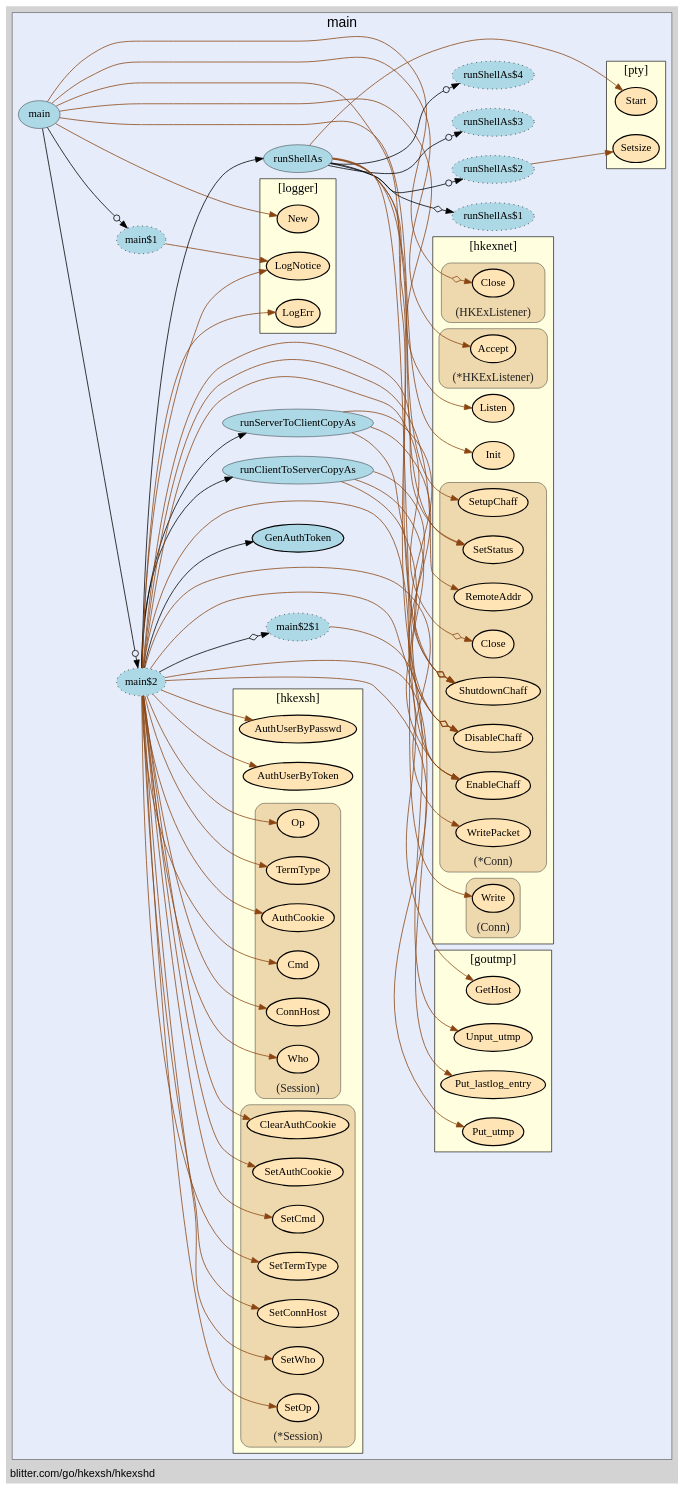
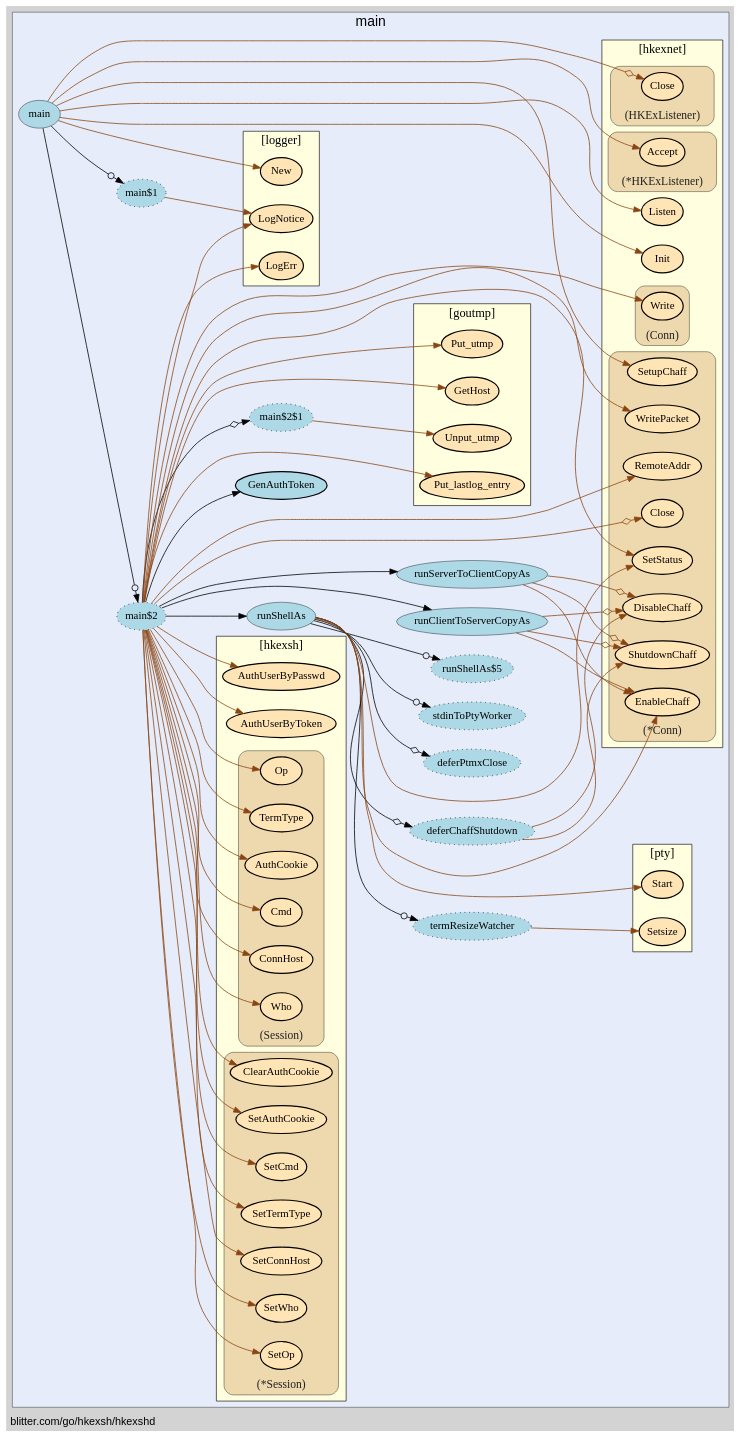
Before and after one commit to isgasho/xs: the diagram in hkexshd/hkexshd-vis.gv, drawn with Graphviz. The commit also changed 10 other files, not shown here.

Commit message:
Added fixup-gv.sh and Makefile rules to generate annotated goroutines in graphviz output.

```diff
--- a/hkexshd/hkexshd-vis.gv
+++ b/hkexshd/hkexshd-vis.gv
@@ -20,85 +20,86 @@
 labeljust="c";
 fontsize="18";
         
-        "blitter.com/go/hkexsh/hkexshd.main$1" [ label="main$1" style="dotted,filled" fillcolor="lightblue" ]
+        "blitter.com/go/hkexsh/hkexshd.main$1" [ fillcolor="lightblue" label="main$1" style="dotted,filled" ]
         "blitter.com/go/hkexsh/hkexshd.main" [ fillcolor="lightblue" label="main" penwidth="0.5" ]
-        "blitter.com/go/hkexsh/hkexshd.main$2" [ style="dotted,filled" fillcolor="lightblue" label="main$2" ]
-        "blitter.com/go/hkexsh/hkexshd.GenAuthToken" [ label="GenAuthToken" penwidth="1.5" fillcolor="lightblue" ]
+        "blitter.com/go/hkexsh/hkexshd.main$2" [ fillcolor="lightblue" label="main$2" style="dotted,filled" ]
+        "blitter.com/go/hkexsh/hkexshd.GenAuthToken" [ fillcolor="lightblue" label="GenAuthToken" penwidth="1.5" ]
         "blitter.com/go/hkexsh/hkexshd.runShellAs" [ fillcolor="lightblue" label="runShellAs" penwidth="0.5" ]
-        "blitter.com/go/hkexsh/hkexshd.runShellAs$1" [ style="dotted,filled" fillcolor="lightblue" label="runShellAs$1" ]
-        "blitter.com/go/hkexsh/hkexshd.runShellAs$2" [ fillcolor="lightblue" label="runShellAs$2" style="dotted,filled" ]
-        "blitter.com/go/hkexsh/hkexshd.runShellAs$3" [ fillcolor="lightblue" label="runShellAs$3" style="dotted,filled" ]
-        "blitter.com/go/hkexsh/hkexshd.runShellAs$4" [ label="runShellAs$4" style="dotted,filled" fillcolor="lightblue" ]
-        "blitter.com/go/hkexsh/hkexshd.main$2$1" [ fillcolor="lightblue" label="main$2$1" style="dotted,filled" ]
-        "blitter.com/go/hkexsh/hkexshd.runClientToServerCopyAs" [ fillcolor="lightblue" label="runClientToServerCopyAs" penwidth="0.5" ]
+        "blitter.com/go/hkexsh/hkexshd.runShellAs$1" [ fillcolor="lightblue" label="deferPtmxClose" style="dotted,filled" ]
+        "blitter.com/go/hkexsh/hkexshd.runShellAs$2" [ fillcolor="lightblue" label="termResizeWatcher" style="dotted,filled" ]
+        "blitter.com/go/hkexsh/hkexshd.runShellAs$3" [ fillcolor="lightblue" label="stdinToPtyWorker" style="dotted,filled" ]
+        "blitter.com/go/hkexsh/hkexshd.runShellAs$4" [ fillcolor="lightblue" label="deferChaffShutdown" style="dotted,filled" ]
+        "blitter.com/go/hkexsh/hkexshd.runShellAs$5" [ fillcolor="lightblue" label="runShellAs$5" style="dotted,filled" ]
+        "blitter.com/go/hkexsh/hkexshd.main$2$1" [ label="main$2$1" style="dotted,filled" fillcolor="lightblue" ]
+        "blitter.com/go/hkexsh/hkexshd.runClientToServerCopyAs" [ penwidth="0.5" fillcolor="lightblue" label="runClientToServerCopyAs" ]
         "blitter.com/go/hkexsh/hkexshd.runServerToClientCopyAs" [ fillcolor="lightblue" label="runServerToClientCopyAs" penwidth="0.5" ]
         
         subgraph "cluster_blitter.com/go/goutmp" {
-        penwidth="0.8";
+        style="filled";
 fillcolor="lightyellow";
+label="[goutmp]";
 URL="/?f=blitter.com/go/goutmp";
+tooltip="package: blitter.com/go/goutmp";
+penwidth="0.8";
 fontsize="16";
-style="filled";
 fontname="bold";
 rank="sink";
-label="[goutmp]";
-tooltip="package: blitter.com/go/goutmp";
         
         "blitter.com/go/goutmp.GetHost" [ fillcolor="moccasin" label="GetHost" penwidth="1.5" ]
-        "blitter.com/go/goutmp.Put_utmp" [ fillcolor="moccasin" label="Put_utmp" penwidth="1.5" ]
-        "blitter.com/go/goutmp.Unput_utmp" [ fillcolor="moccasin" label="Unput_utmp" penwidth="1.5" ]
+        "blitter.com/go/goutmp.Put_utmp" [ penwidth="1.5" fillcolor="moccasin" label="Put_utmp" ]
+        "blitter.com/go/goutmp.Unput_utmp" [ label="Unput_utmp" penwidth="1.5" fillcolor="moccasin" ]
         "blitter.com/go/goutmp.Put_lastlog_entry" [ fillcolor="moccasin" label="Put_lastlog_entry" penwidth="1.5" ]
         
     }
 
         subgraph "cluster_blitter.com/go/hkexsh" {
         style="filled";
-fontname="bold";
+fillcolor="lightyellow";
 label="[hkexsh]";
-fontsize="16";
-fillcolor="lightyellow";
-rank="sink";
-URL="/?f=blitter.com/go/hkexsh";
 tooltip="package: blitter.com/go/hkexsh";
 penwidth="0.8";
+fontsize="16";
+URL="/?f=blitter.com/go/hkexsh";
+fontname="bold";
+rank="sink";
         
         "blitter.com/go/hkexsh.AuthUserByToken" [ fillcolor="moccasin" label="AuthUserByToken" penwidth="1.5" ]
         "blitter.com/go/hkexsh.AuthUserByPasswd" [ fillcolor="moccasin" label="AuthUserByPasswd" penwidth="1.5" ]
         
         subgraph "cluster_*blitter.com/go/hkexsh.Session" {
-        fontsize="15";
-fontcolor="#222222";
-labelloc="b";
+        labelloc="b";
 style="rounded,filled";
 fillcolor="wheat2";
 label="(*Session)";
 tooltip="type: *blitter.com/go/hkexsh.Session";
 penwidth="0.5";
+fontsize="15";
+fontcolor="#222222";
         
-        "(*blitter.com/go/hkexsh.Session).SetOp" [ fillcolor="moccasin" label="SetOp" penwidth="1.5" ]
+        "(*blitter.com/go/hkexsh.Session).SetOp" [ label="SetOp" penwidth="1.5" fillcolor="moccasin" ]
         "(*blitter.com/go/hkexsh.Session).SetWho" [ fillcolor="moccasin" label="SetWho" penwidth="1.5" ]
         "(*blitter.com/go/hkexsh.Session).SetConnHost" [ fillcolor="moccasin" label="SetConnHost" penwidth="1.5" ]
         "(*blitter.com/go/hkexsh.Session).SetTermType" [ fillcolor="moccasin" label="SetTermType" penwidth="1.5" ]
         "(*blitter.com/go/hkexsh.Session).SetCmd" [ penwidth="1.5" fillcolor="moccasin" label="SetCmd" ]
         "(*blitter.com/go/hkexsh.Session).SetAuthCookie" [ fillcolor="moccasin" label="SetAuthCookie" penwidth="1.5" ]
-        "(*blitter.com/go/hkexsh.Session).ClearAuthCookie" [ fillcolor="moccasin" label="ClearAuthCookie" penwidth="1.5" ]
+        "(*blitter.com/go/hkexsh.Session).ClearAuthCookie" [ label="ClearAuthCookie" penwidth="1.5" fillcolor="moccasin" ]
         
     }
 
         subgraph "cluster_blitter.com/go/hkexsh.Session" {
-        fontcolor="#222222";
+        label="(Session)";
+tooltip="type: blitter.com/go/hkexsh.Session";
+penwidth="0.5";
+fontsize="15";
+fontcolor="#222222";
 labelloc="b";
 style="rounded,filled";
 fillcolor="wheat2";
-label="(Session)";
-tooltip="type: blitter.com/go/hkexsh.Session";
-penwidth="0.5";
-fontsize="15";
         
-        "(blitter.com/go/hkexsh.Session).Op" [ fillcolor="moccasin" label="Op" penwidth="1.5" ]
+        "(blitter.com/go/hkexsh.Session).Op" [ penwidth="1.5" fillcolor="moccasin" label="Op" ]
         "(blitter.com/go/hkexsh.Session).Who" [ fillcolor="moccasin" label="Who" penwidth="1.5" ]
-        "(blitter.com/go/hkexsh.Session).ConnHost" [ label="ConnHost" penwidth="1.5" fillcolor="moccasin" ]
-        "(blitter.com/go/hkexsh.Session).Cmd" [ label="Cmd" penwidth="1.5" fillcolor="moccasin" ]
+        "(blitter.com/go/hkexsh.Session).ConnHost" [ fillcolor="moccasin" label="ConnHost" penwidth="1.5" ]
+        "(blitter.com/go/hkexsh.Session).Cmd" [ fillcolor="moccasin" label="Cmd" penwidth="1.5" ]
         "(blitter.com/go/hkexsh.Session).AuthCookie" [ fillcolor="moccasin" label="AuthCookie" penwidth="1.5" ]
         "(blitter.com/go/hkexsh.Session).TermType" [ fillcolor="moccasin" label="TermType" penwidth="1.5" ]
         
@@ -107,34 +108,34 @@
     }
 
         subgraph "cluster_blitter.com/go/hkexsh/hkexnet" {
-        fillcolor="lightyellow";
+        tooltip="package: blitter.com/go/hkexsh/hkexnet";
 fontname="bold";
-tooltip="package: blitter.com/go/hkexsh/hkexnet";
+rank="sink";
+label="[hkexnet]";
+fillcolor="lightyellow";
 URL="/?f=blitter.com/go/hkexsh/hkexnet";
 penwidth="0.8";
 fontsize="16";
 style="filled";
-rank="sink";
-label="[hkexnet]";
         
-        "blitter.com/go/hkexsh/hkexnet.Init" [ fillcolor="moccasin" label="Init" penwidth="1.5" ]
+        "blitter.com/go/hkexsh/hkexnet.Init" [ label="Init" penwidth="1.5" fillcolor="moccasin" ]
         "blitter.com/go/hkexsh/hkexnet.Listen" [ fillcolor="moccasin" label="Listen" penwidth="1.5" ]
         
         subgraph "cluster_*blitter.com/go/hkexsh/hkexnet.Conn" {
-        fillcolor="wheat2";
+        style="rounded,filled";
+fillcolor="wheat2";
 label="(*Conn)";
 tooltip="type: *blitter.com/go/hkexsh/hkexnet.Conn";
 penwidth="0.5";
 fontsize="15";
 fontcolor="#222222";
 labelloc="b";
-style="rounded,filled";
         
-        "(*blitter.com/go/hkexsh/hkexnet.Conn).SetupChaff" [ label="SetupChaff" penwidth="1.5" fillcolor="moccasin" ]
+        "(*blitter.com/go/hkexsh/hkexnet.Conn).SetupChaff" [ fillcolor="moccasin" label="SetupChaff" penwidth="1.5" ]
         "(*blitter.com/go/hkexsh/hkexnet.Conn).Close" [ fillcolor="moccasin" label="Close" penwidth="1.5" ]
-        "(*blitter.com/go/hkexsh/hkexnet.Conn).RemoteAddr" [ fillcolor="moccasin" label="RemoteAddr" penwidth="1.5" ]
+        "(*blitter.com/go/hkexsh/hkexnet.Conn).RemoteAddr" [ label="RemoteAddr" penwidth="1.5" fillcolor="moccasin" ]
         "(*blitter.com/go/hkexsh/hkexnet.Conn).EnableChaff" [ fillcolor="moccasin" label="EnableChaff" penwidth="1.5" ]
-        "(*blitter.com/go/hkexsh/hkexnet.Conn).DisableChaff" [ penwidth="1.5" fillcolor="moccasin" label="DisableChaff" ]
+        "(*blitter.com/go/hkexsh/hkexnet.Conn).DisableChaff" [ fillcolor="moccasin" label="DisableChaff" penwidth="1.5" ]
         "(*blitter.com/go/hkexsh/hkexnet.Conn).ShutdownChaff" [ fillcolor="moccasin" label="ShutdownChaff" penwidth="1.5" ]
         "(*blitter.com/go/hkexsh/hkexnet.Conn).SetStatus" [ fillcolor="moccasin" label="SetStatus" penwidth="1.5" ]
         "(*blitter.com/go/hkexsh/hkexnet.Conn).WritePacket" [ fillcolor="moccasin" label="WritePacket" penwidth="1.5" ]
@@ -142,42 +143,42 @@
     }
 
         subgraph "cluster_*blitter.com/go/hkexsh/hkexnet.HKExListener" {
-        fontcolor="#222222";
+        label="(*HKExListener)";
+tooltip="type: *blitter.com/go/hkexsh/hkexnet.HKExListener";
+penwidth="0.5";
+fontsize="15";
+fontcolor="#222222";
 labelloc="b";
 style="rounded,filled";
 fillcolor="wheat2";
-label="(*HKExListener)";
-tooltip="type: *blitter.com/go/hkexsh/hkexnet.HKExListener";
-penwidth="0.5";
-fontsize="15";
         
-        "(*blitter.com/go/hkexsh/hkexnet.HKExListener).Accept" [ fillcolor="moccasin" label="Accept" penwidth="1.5" ]
+        "(*blitter.com/go/hkexsh/hkexnet.HKExListener).Accept" [ label="Accept" penwidth="1.5" fillcolor="moccasin" ]
         
     }
 
         subgraph "cluster_blitter.com/go/hkexsh/hkexnet.Conn" {
-        fontcolor="#222222";
-labelloc="b";
-style="rounded,filled";
-fillcolor="wheat2";
+        fillcolor="wheat2";
 label="(Conn)";
 tooltip="type: blitter.com/go/hkexsh/hkexnet.Conn";
 penwidth="0.5";
 fontsize="15";
+fontcolor="#222222";
+labelloc="b";
+style="rounded,filled";
         
-        "(blitter.com/go/hkexsh/hkexnet.Conn).Write" [ penwidth="1.5" fillcolor="moccasin" label="Write" ]
+        "(blitter.com/go/hkexsh/hkexnet.Conn).Write" [ fillcolor="moccasin" label="Write" penwidth="1.5" ]
         
     }
 
         subgraph "cluster_blitter.com/go/hkexsh/hkexnet.HKExListener" {
-        fillcolor="wheat2";
+        style="rounded,filled";
+fillcolor="wheat2";
 label="(HKExListener)";
 tooltip="type: blitter.com/go/hkexsh/hkexnet.HKExListener";
 penwidth="0.5";
 fontsize="15";
 fontcolor="#222222";
 labelloc="b";
-style="rounded,filled";
         
         "(blitter.com/go/hkexsh/hkexnet.HKExListener).Close" [ fillcolor="moccasin" label="Close" penwidth="1.5" ]
         
@@ -186,15 +187,15 @@
     }
 
         subgraph "cluster_blitter.com/go/hkexsh/logger" {
-        fillcolor="lightyellow";
-label="[logger]";
-penwidth="0.8";
+        penwidth="0.8";
+fontsize="16";
 style="filled";
 rank="sink";
+label="[logger]";
 URL="/?f=blitter.com/go/hkexsh/logger";
+fillcolor="lightyellow";
+fontname="bold";
 tooltip="package: blitter.com/go/hkexsh/logger";
-fontsize="16";
-fontname="bold";
         
         "blitter.com/go/hkexsh/logger.LogNotice" [ fillcolor="moccasin" label="LogNotice" penwidth="1.5" ]
         "blitter.com/go/hkexsh/logger.New" [ fillcolor="moccasin" label="New" penwidth="1.5" ]
@@ -204,14 +205,14 @@
 
         subgraph "cluster_github.com/kr/pty" {
         fillcolor="lightyellow";
-fontname="bold";
 rank="sink";
-label="[pty]";
-URL="/?f=github.com/kr/pty";
+tooltip="package: github.com/kr/pty";
 penwidth="0.8";
 fontsize="16";
 style="filled";
-tooltip="package: github.com/kr/pty";
+fontname="bold";
+label="[pty]";
+URL="/?f=github.com/kr/pty";
         
         "github.com/kr/pty.Start" [ fillcolor="moccasin" label="Start" penwidth="1.5" ]
         "github.com/kr/pty.Setsize" [ fillcolor="moccasin" label="Setsize" penwidth="1.5" ]
@@ -255,9 +256,10 @@
     "blitter.com/go/hkexsh/hkexshd.runShellAs" -> "blitter.com/go/hkexsh/hkexshd.runShellAs$2" [ arrowhead="normalnoneodot" ]
     "blitter.com/go/hkexsh/hkexshd.runShellAs" -> "blitter.com/go/hkexsh/hkexshd.runShellAs$3" [ arrowhead="normalnoneodot" ]
     "blitter.com/go/hkexsh/hkexshd.runShellAs" -> "(*blitter.com/go/hkexsh/hkexnet.Conn).EnableChaff" [ color="saddlebrown" ]
-    "blitter.com/go/hkexsh/hkexshd.runShellAs" -> "(*blitter.com/go/hkexsh/hkexnet.Conn).DisableChaff" [ color="saddlebrown" arrowhead="normalnoneodiamond" ]
-    "blitter.com/go/hkexsh/hkexshd.runShellAs" -> "(*blitter.com/go/hkexsh/hkexnet.Conn).ShutdownChaff" [ arrowhead="normalnoneodiamond" color="saddlebrown" ]
-    "blitter.com/go/hkexsh/hkexshd.runShellAs" -> "blitter.com/go/hkexsh/hkexshd.runShellAs$4" [ arrowhead="normalnoneodot" ]
+    "blitter.com/go/hkexsh/hkexshd.runShellAs$4" -> "(*blitter.com/go/hkexsh/hkexnet.Conn).DisableChaff" [ color="saddlebrown" ]
+    "blitter.com/go/hkexsh/hkexshd.runShellAs$4" -> "(*blitter.com/go/hkexsh/hkexnet.Conn).ShutdownChaff" [ color="saddlebrown" ]
+    "blitter.com/go/hkexsh/hkexshd.runShellAs" -> "blitter.com/go/hkexsh/hkexshd.runShellAs$4" [ arrowhead="normalnoneodiamond" ]
+    "blitter.com/go/hkexsh/hkexshd.runShellAs" -> "blitter.com/go/hkexsh/hkexshd.runShellAs$5" [ arrowhead="normalnoneodot" ]
     "blitter.com/go/hkexsh/hkexshd.runShellAs" -> "(*blitter.com/go/hkexsh/hkexnet.Conn).SetStatus" [ color="saddlebrown" ]
     "blitter.com/go/hkexsh/hkexshd.main$2" -> "blitter.com/go/hkexsh/hkexshd.runShellAs" [  ]
     "blitter.com/go/hkexsh/hkexshd.main$2" -> "blitter.com/go/hkexsh/logger.LogErr" [ color="saddlebrown" ]
```
